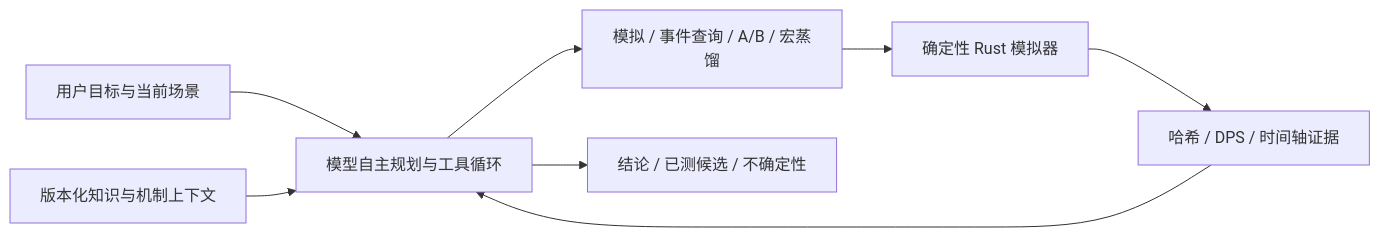
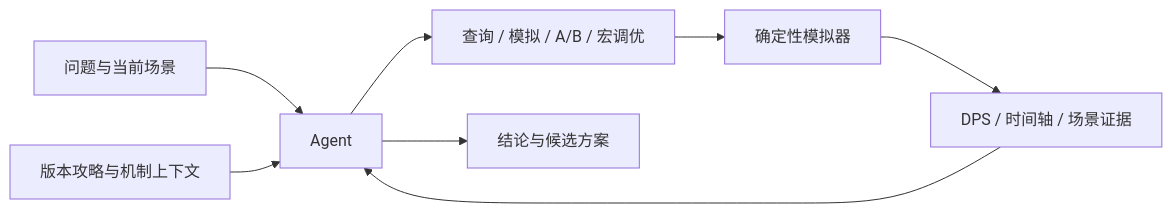
One commit to LinXin-CMU/jx3-combat-sim changed the diagram in README.md. Above: the diagram before and after it, drawn with Mermaid. The commit also changed other lines of this file, not shown here.

````diff
--- a/README.md
+++ b/README.md
@@ -38,10 +26,10 @@
 ```mermaid
 flowchart LR
-    USER[用户目标与当前场景] --> AGENT[模型自主规划与工具循环]
-    CONTEXT[版本化知识与机制上下文] --> AGENT
-    AGENT --> TOOLS[模拟 / 事件查询 / A/B / 宏蒸馏]
-    TOOLS --> SIM[确定性 Rust 模拟器]
-    SIM --> EVIDENCE[哈希 / DPS / 时间轴证据]
-    EVIDENCE --> AGENT
-    AGENT --> REPORT[结论 / 已测候选 / 不确定性]
+    Q[问题与当前场景] --> A[Agent]
+    K[版本攻略与机制上下文] --> A
+    A --> T[查询 / 模拟 / A/B / 宏调优]
+    T --> S[确定性模拟器]
+    S --> E[DPS / 时间轴 / 场景证据]
+    E --> A
+    A --> R[结论与候选方案]
 ```
````
